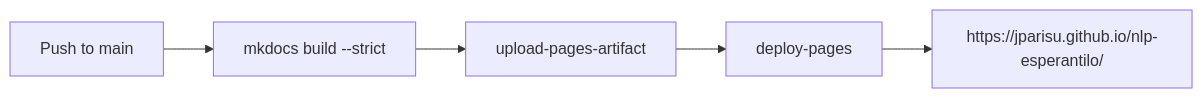
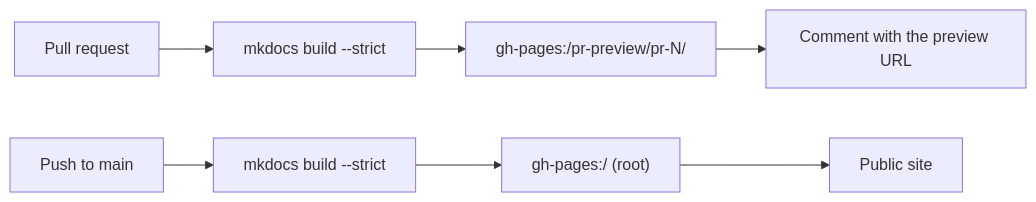
Before and after one commit to jparisu/nlp-esperantilo: the diagram in docs/github/pages.md, drawn with Mermaid. The commit also changed other lines of this file and 12 other files, not shown here.

````diff
--- a/docs/github/pages.md
+++ b/docs/github/pages.md
@@ -22,7 +26,9 @@
 ```mermaid
 flowchart LR
-    P[Push to main] --> B[mkdocs build --strict]
-    B --> U[upload-pages-artifact]
-    U --> D[deploy-pages]
-    D --> S[https://jparisu.github.io/nlp-esperantilo/]
+    PR[Pull request] --> BP[mkdocs build --strict]
+    BP --> PV["gh-pages:/pr-preview/pr-N/"]
+    PV --> C[Comment with the preview URL]
+    M[Push to main] --> BM[mkdocs build --strict]
+    BM --> RT["gh-pages:/ (root)"]
+    RT --> S[Public site]
 ```
````
